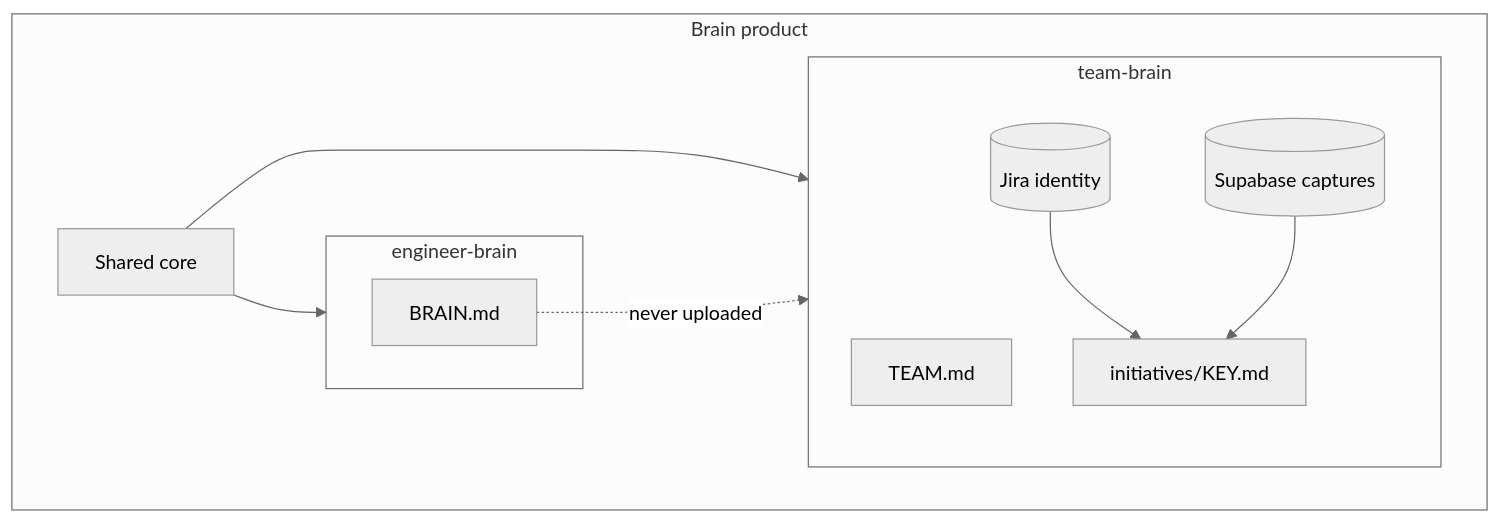
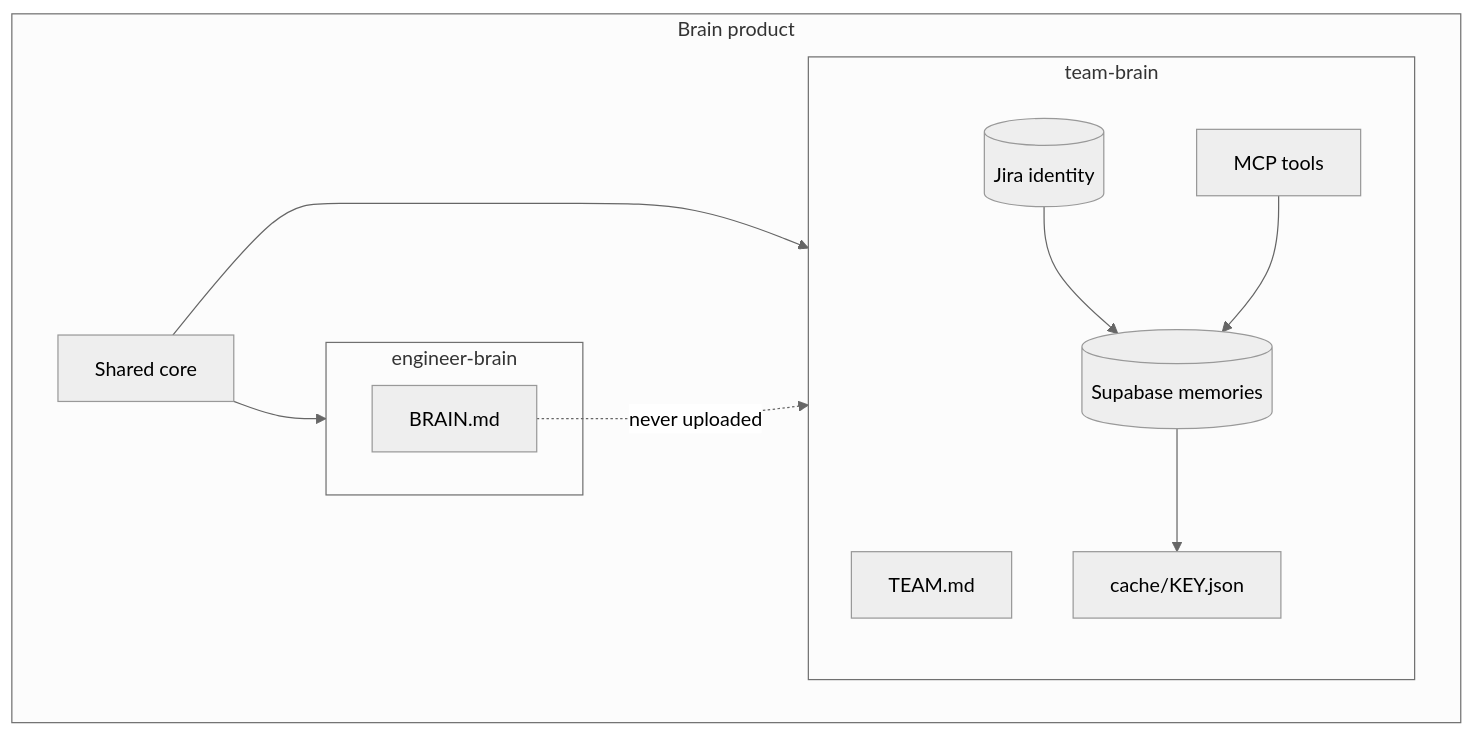
Before and after one commit to Hrithik-Gavankar/brainstack: the diagram in docs/scopes.md, drawn with Mermaid (neutral theme). The commit also changed other lines of this file and 27 other files, not shown here.

````diff
--- a/docs/scopes.md
+++ b/docs/scopes.md
@@ -10,20 +10,22 @@
 ```mermaid
 flowchart TB
   subgraph Product["Brain product"]
     CORE[Shared core]
     subgraph Eng["engineer-brain"]
       PB[BRAIN.md]
     end
     subgraph Team["team-brain"]
       TB[TEAM.md]
-      IN["initiatives/KEY.md"]
-      SB[(Supabase captures)]
+      CACHE["cache/KEY.json"]
+      SB[(Supabase memories)]
       J[(Jira identity)]
+      MCP[MCP tools]
     end
   end
   CORE --> Eng
   CORE --> Team
   PB -.->|never uploaded| Team
-  J --> IN
-  SB --> IN
+  J --> SB
+  SB --> CACHE
+  MCP --> SB
 ```
````
